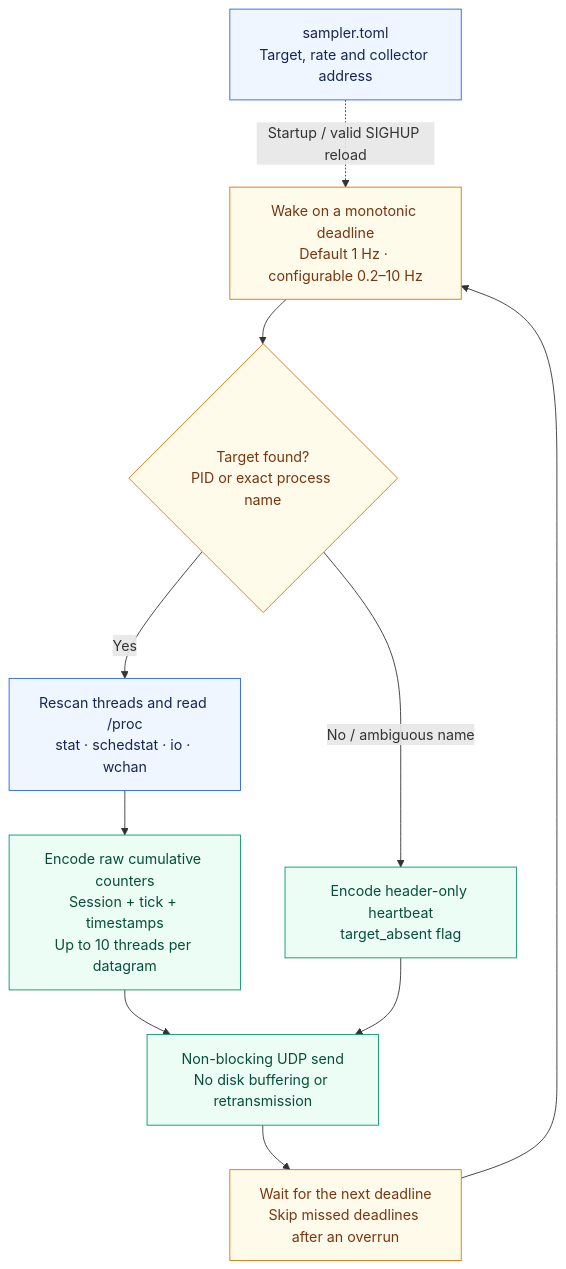
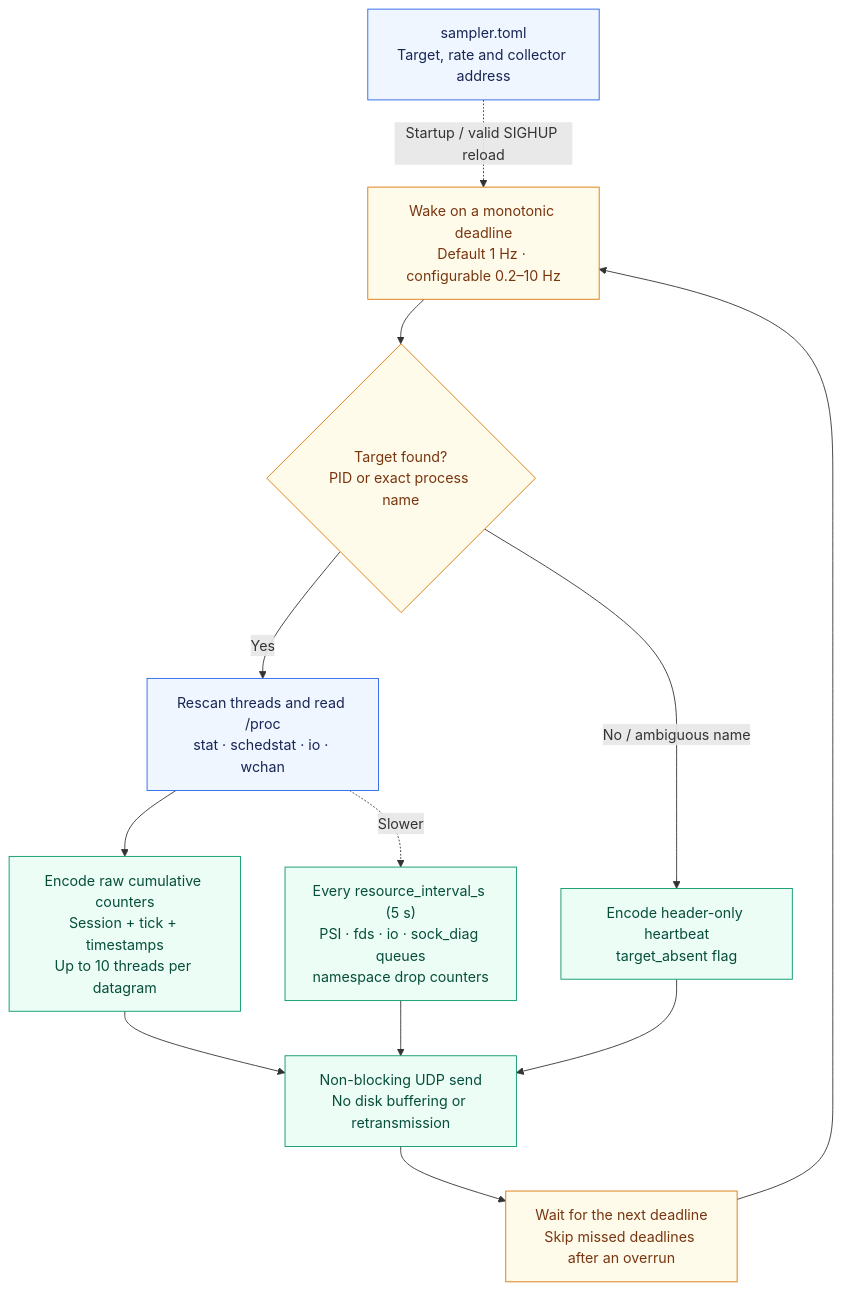
One commit to breakbadsp/triangulator changed the second of 4 diagrams in docs/architecture.md. Above: the diagram before and after it, drawn with Mermaid. The commit also changed other lines of this file and 5 other files, not shown here.

First line of the commit message:
Docs: explain the resource metrics and update the roadmap

````diff
--- a/docs/architecture.md
+++ b/docs/architecture.md
@@ -49,28 +49,30 @@
 ```mermaid
 flowchart TD
     config["sampler.toml<br/>Target, rate and collector address"]
     tick["Wake on a monotonic deadline<br/>Default 1 Hz · configurable 0.2–10 Hz"]
     lookup{"Target found?<br/>PID or exact process name"}
     read["Rescan threads and read /proc<br/>stat · schedstat · io · wchan"]
     pack["Encode raw cumulative counters<br/>Session + tick + timestamps<br/>Up to 10 threads per datagram"]
     absent["Encode header-only heartbeat<br/>target_absent flag"]
     send["Non-blocking UDP send<br/>No disk buffering or retransmission"]
+    resources["Every resource_interval_s (5 s)<br/>PSI · fds · io · sock_diag queues<br/>namespace drop counters"]
     sleep["Wait for the next deadline<br/>Skip missed deadlines after an overrun"]
 
     config -.->|"Startup / valid SIGHUP reload"| tick
     tick --> lookup
     lookup -->|"Yes"| read
     lookup -->|"No / ambiguous name"| absent
     read --> pack
     pack --> send
+    read -.->|"Slower"| resources --> send
     absent --> send
     send --> sleep
     sleep --> tick
 
     classDef source fill:#eff6ff,stroke:#2563eb,color:#172554
     classDef compute fill:#ecfdf5,stroke:#059669,color:#064e3b
     classDef control fill:#fffbeb,stroke:#d97706,color:#78350f
     class config,read source
-    class pack,absent,send compute
+    class pack,absent,send,resources compute
     class tick,lookup,sleep control
 ```
````
